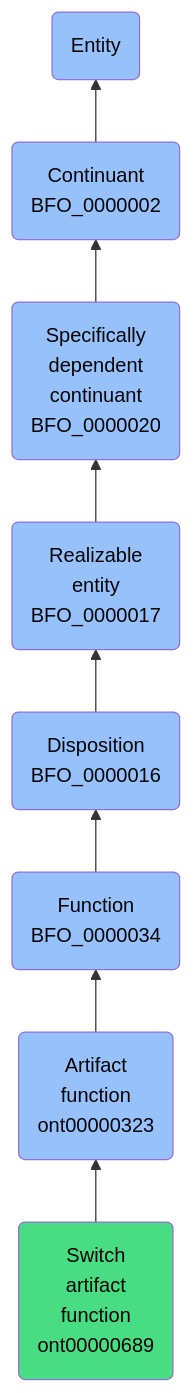
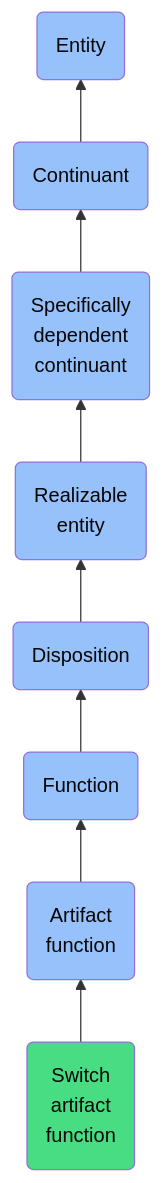
One commit to jupyter-naas/abi changed the diagram in docs/ontology/reference/model/Entity/Continuant/Specifically dependent continuant/Realizable entity/Disposition/Function/Artifact function/Switch artifact function/Switch artifact function.md. Above: the diagram before and after it, drawn with Mermaid. The commit also changed other lines of this file and 1430 other files, not shown here.

````diff
--- a/docs/ontology/reference/model/Entity/Continuant/Specifically dependent continuant/Realizable entity/Disposition/Function/Artifact function/Switch artifact function/Switch artifact function.md
+++ b/docs/ontology/reference/model/Entity/Continuant/Specifically dependent continuant/Realizable entity/Disposition/Function/Artifact function/Switch artifact function/Switch artifact function.md
@@ -24,15 +24,15 @@
 ```mermaid
 graph BT
-    ont00000689(Switch<br>artifact<br>function<br>ont00000689):::ABI-->ont00000323
-    ont00000323(Artifact<br>function<br>ont00000323):::BFO-->BFO_0000034
-    BFO_0000034(Function<br>BFO_0000034):::BFO-->BFO_0000016
-    BFO_0000016(Disposition<br>BFO_0000016):::BFO-->BFO_0000017
-    BFO_0000017(Realizable<br>entity<br>BFO_0000017):::BFO-->BFO_0000020
-    BFO_0000020(Specifically<br>dependent<br>continuant<br>BFO_0000020):::BFO-->BFO_0000002
-    BFO_0000002(Continuant<br>BFO_0000002):::BFO-->BFO_0000001
+    ont00000689(Switch<br>artifact<br>function):::ABI-->ont00000323
+    ont00000323(Artifact<br>function):::BFO-->BFO_0000034
+    BFO_0000034(Function):::BFO-->BFO_0000016
+    BFO_0000016(Disposition):::BFO-->BFO_0000017
+    BFO_0000017(Realizable<br>entity):::BFO-->BFO_0000020
+    BFO_0000020(Specifically<br>dependent<br>continuant):::BFO-->BFO_0000002
+    BFO_0000002(Continuant):::BFO-->BFO_0000001
     BFO_0000001(Entity):::BFO
     
     classDef BFO fill:#97c1fb,color:#060606
     classDef CCO fill:#e4c51e,color:#060606
     classDef ABI fill:#48DD82,color:#060606
 ```
````
